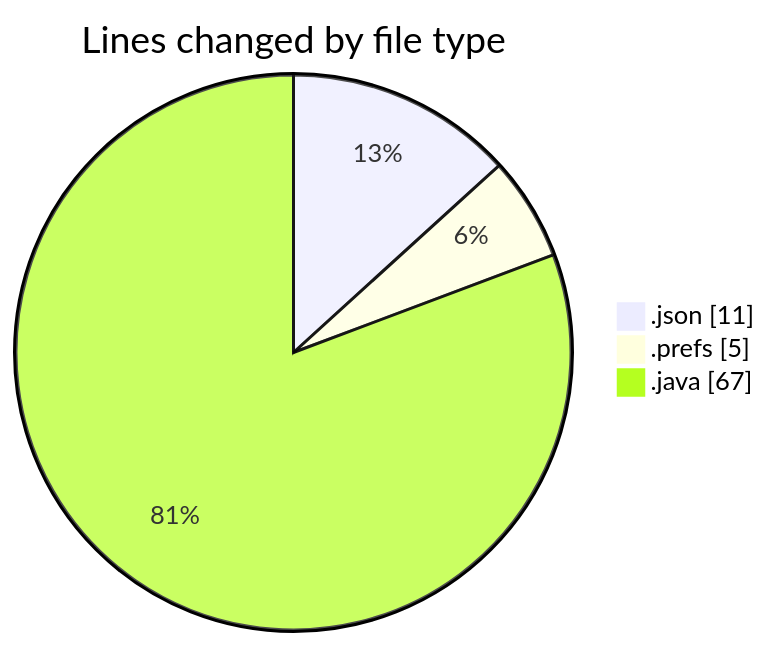
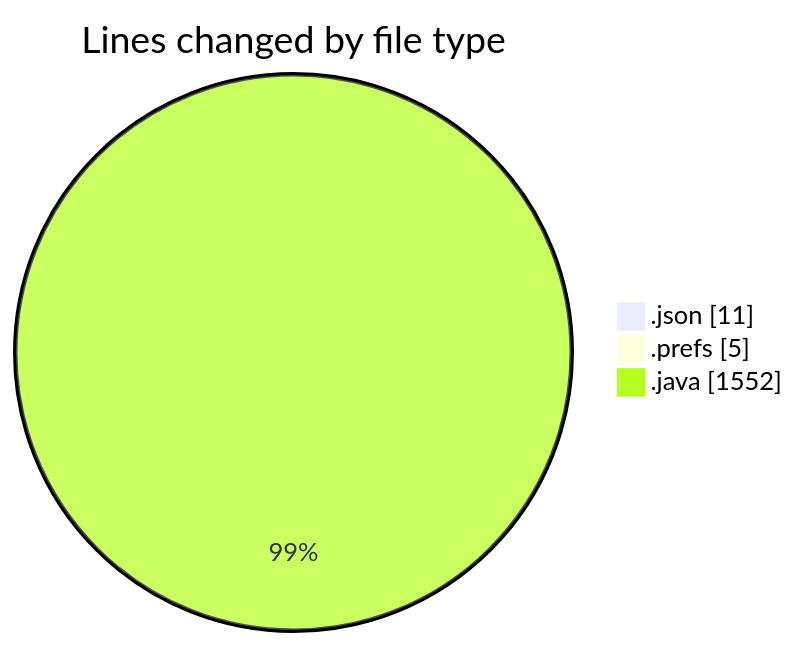
The first of 2 diagrams in 2026-11-03/cilreports__workspace_/README.md (ricardozamudiocil/code-tracking), drawn with Mermaid before and after one commit. The commit also changed other lines of this file and 1 other file, not shown here.

````diff
--- a/2026-11-03/cilreports__workspace_/README.md
+++ b/2026-11-03/cilreports__workspace_/README.md
@@ -22,7 +24,7 @@
 ```mermaid
 pie showData
 title Lines changed by file type
 ".json" : 11
 ".prefs" : 5
-".java" : 67
+".java" : 1552
 ```
````
